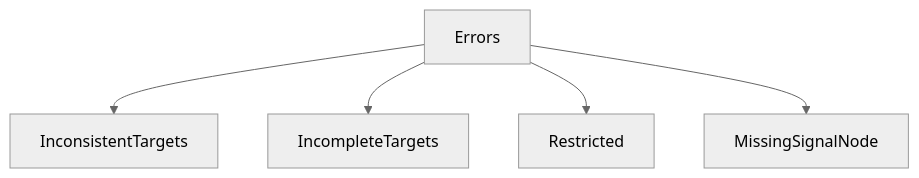
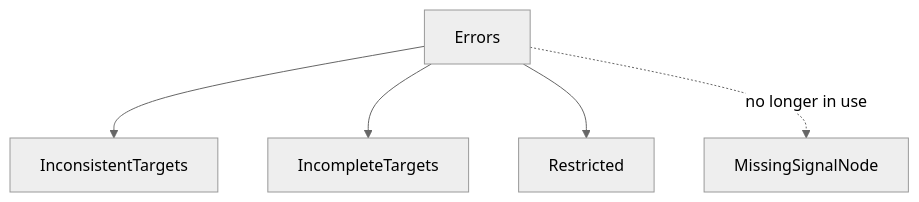
The second of 3 diagrams in docs/autopilot-multicommand.md (k0sproject/k0s), drawn with Mermaid (neutral theme) before and after one commit. The commit also changed other lines of this file and 4 other files, not shown here.

First line of the commit message:
Merge AP target state MissingSignalNode into IncompleteTargets

````diff
--- a/docs/autopilot-multicommand.md
+++ b/docs/autopilot-multicommand.md
@@ -193,7 +193,7 @@
 ```mermaid
 flowchart TD
     Errors --> InconsistentTargets
     Errors --> IncompleteTargets
     Errors --> Restricted
-    Errors --> MissingSignalNode
+    Errors -. no longer in use .-> MissingSignalNode
 ```
````
